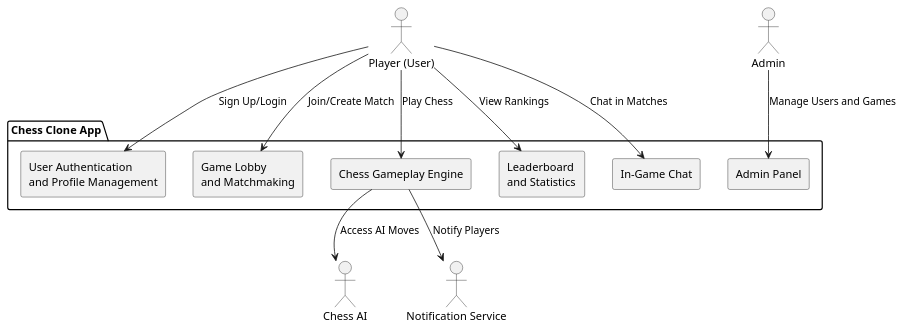
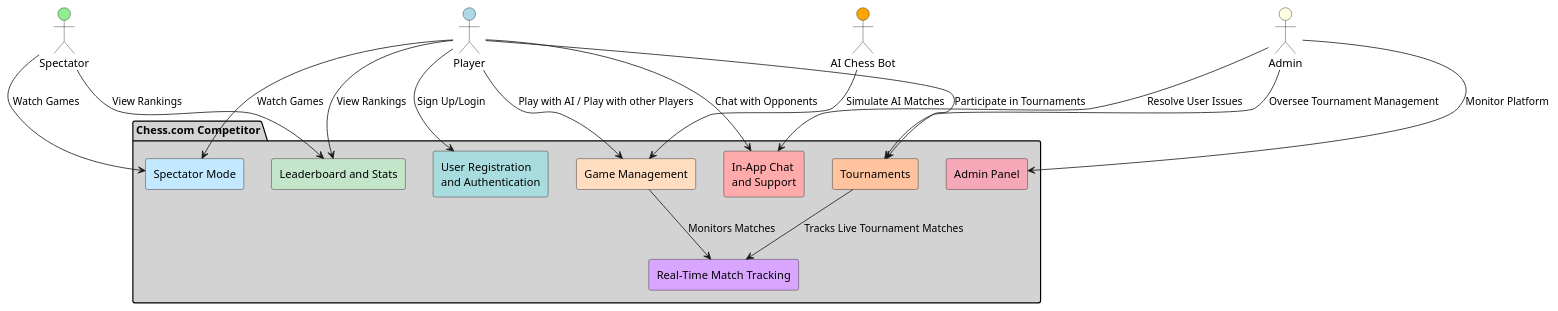
Before and after one commit to IIITLucknowSWEngg/CSAICSBTeam015: the first of 6 diagrams in Assignment 2/Architecture.md, drawn with PlantUML. The commit also changed other lines of this file, not shown here.

First line of the commit message:
Updated Architecture.md

````diff
--- a/Assignment 2/Architecture.md
+++ b/Assignment 2/Architecture.md
@@ -7,32 +7,43 @@
 ```plantuml
 @startuml
-' External Actors
-actor "Player (User)" as Player
-actor "Admin" as Admin
-actor "Chess AI" as ChessAI
-actor "Notification Service" as NotificationService
+' External Actors with Colors
+actor "Player" as Player #LightBlue
+actor "Spectator" as Spectator #LightGreen
+actor "Admin" as Admin #LightYellow
+actor "AI Chess Bot" as AIChessBot #Orange
 
-' System Boundary: Chess Clone App
-package "Chess Clone App" {
-
-    ' Subsystems
-    rectangle "User Authentication \nand Profile Management" as AuthSystem
-    rectangle "Game Lobby \nand Matchmaking" as GameLobby
-    rectangle "Chess Gameplay Engine" as GameplayEngine
-    rectangle "Leaderboard \nand Statistics" as Leaderboard
-    rectangle "In-Game Chat" as ChatSystem
-    rectangle "Admin Panel" as AdminPanel
+' System Boundary: Chess.com Competitor with Colors
+package "Chess.com Competitor" #LightGray {
+    
+    ' Subsystems with distinct colors
+    rectangle "User Registration \nand Authentication" as Registration #A9DCDF
+    rectangle "Game Management" as GameManagement #FFDDC1
+    rectangle "Spectator Mode" as SpectatorMode #C2E9FF
+    rectangle "Admin Panel" as AdminPanel #F7A8B8
+    rectangle "Leaderboard and Stats" as Leaderboard #C3E6CB
+    rectangle "In-App Chat \nand Support" as ChatSupport #FFABAB
+    rectangle "Real-Time Match Tracking" as MatchTracking #D9A6FF
+    rectangle "Tournaments" as Tournaments #FFC3A0
 }
 
-' Relationships between actors and system components
-Player --> AuthSystem : Sign Up/Login
-Player --> GameLobby : Join/Create Match
-Player --> GameplayEngine : Play Chess
+' Relationships between actors and system components with clear paths
+Player --> Registration : Sign Up/Login
+Player --> GameManagement : Play with AI / Play with other Players
 Player --> Leaderboard : View Rankings
-Player --> ChatSystem : Chat in Matches
+Player --> ChatSupport : Chat with Opponents
+Player --> Tournaments : Participate in Tournaments
+Player --> SpectatorMode : Watch Games
 
-Admin --> AdminPanel : Manage Users and Games
-GameplayEngine --> ChessAI : Access AI Moves
-GameplayEngine --> NotificationService : Notify Players
+AIChessBot --> GameManagement : Simulate AI Matches
+
+Spectator --> SpectatorMode : Watch Games
+Spectator --> Leaderboard : View Rankings
+
+Admin --> AdminPanel : Monitor Platform
+Admin --> ChatSupport : Resolve User Issues
+Admin --> Tournaments : Oversee Tournament Management
+
+GameManagement --> MatchTracking : Monitors Matches
+Tournaments --> MatchTracking : Tracks Live Tournament Matches
 @enduml
 ```
````
